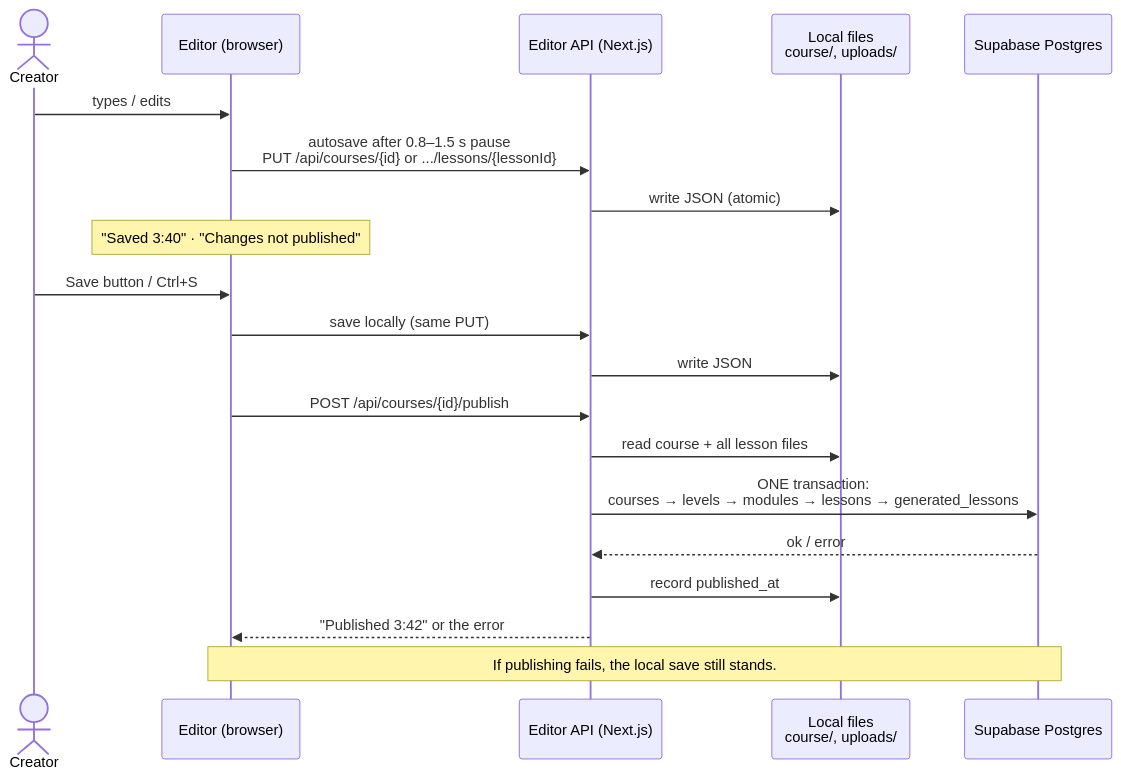
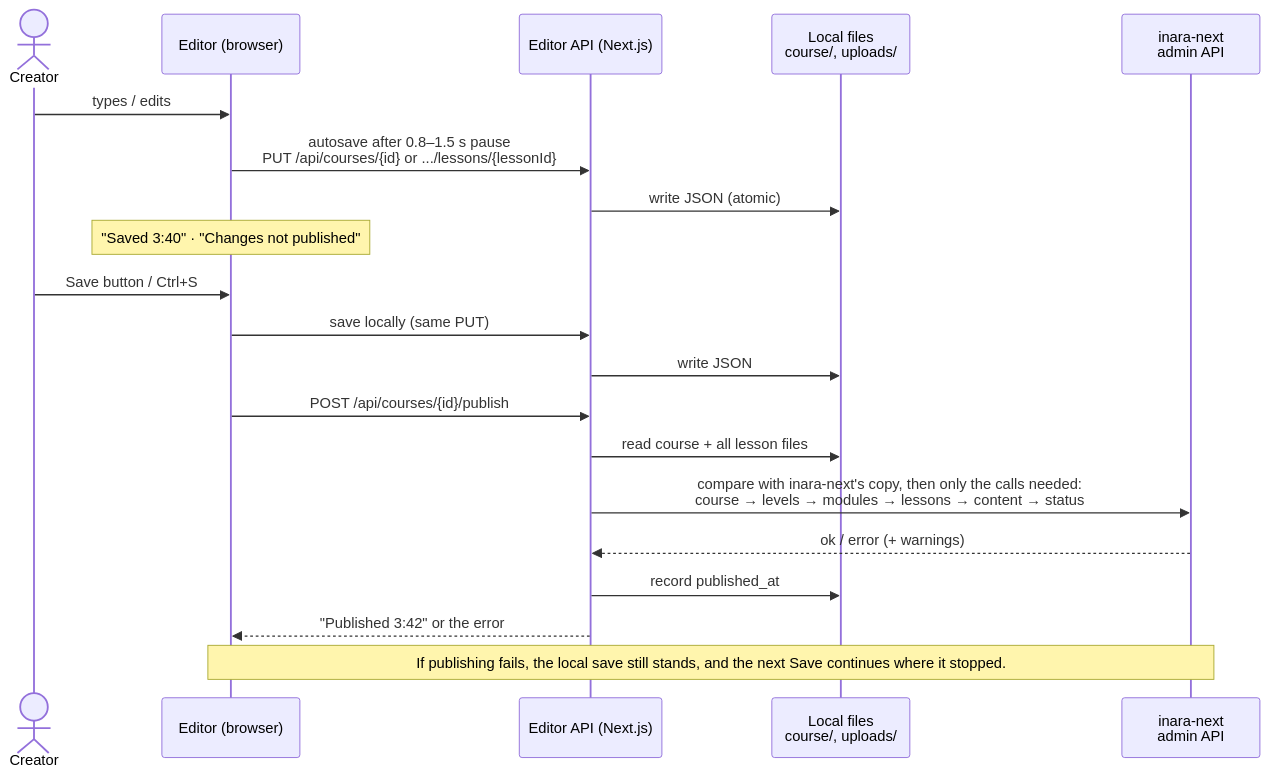
The third of 3 diagrams in docs/HANDOVER.md (HafsaJavedPak/inarax-course-editor), drawn with Mermaid before and after one commit. The commit also changed other lines of this file and 99 other files, not shown here.

````diff
--- a/docs/HANDOVER.md
+++ b/docs/HANDOVER.md
@@ -131,24 +133,24 @@
 ```mermaid
 sequenceDiagram
     actor U as Creator
     participant UI as Editor (browser)
     participant API as Editor API (Next.js)
     participant FS as Local files<br/>course/, uploads/
-    participant DB as Supabase Postgres
+    participant DB as inara-next<br/>admin API
 
     U->>UI: types / edits
     UI->>API: autosave after 0.8–1.5 s pause<br/>PUT /api/courses/{id} or .../lessons/{lessonId}
     API->>FS: write JSON (atomic)
     Note over UI: "Saved 3:40" · "Changes not published"
 
     U->>UI: Save button / Ctrl+S
     UI->>API: save locally (same PUT)
     API->>FS: write JSON
     UI->>API: POST /api/courses/{id}/publish
     API->>FS: read course + all lesson files
-    API->>DB: ONE transaction:<br/>courses → levels → modules → lessons → generated_lessons
-    DB-->>API: ok / error
+    API->>DB: compare with inara-next's copy, then only the calls needed:<br/>course → levels → modules → lessons → content → status
+    DB-->>API: ok / error (+ warnings)
     API->>FS: record published_at
     API-->>UI: "Published 3:42" or the error
-    Note over UI,DB: If publishing fails, the local save still stands.
+    Note over UI,DB: If publishing fails, the local save still stands, and the next Save continues where it stopped.
 ```
````
